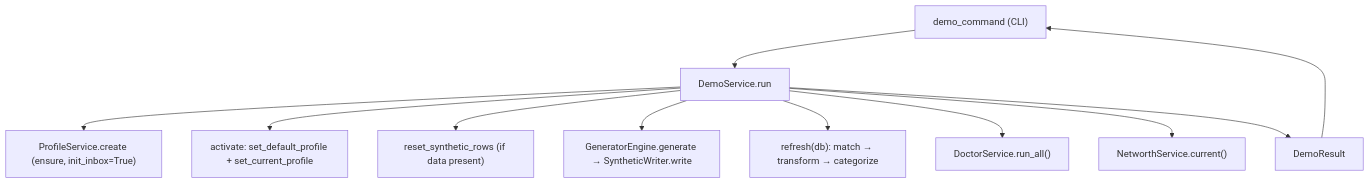
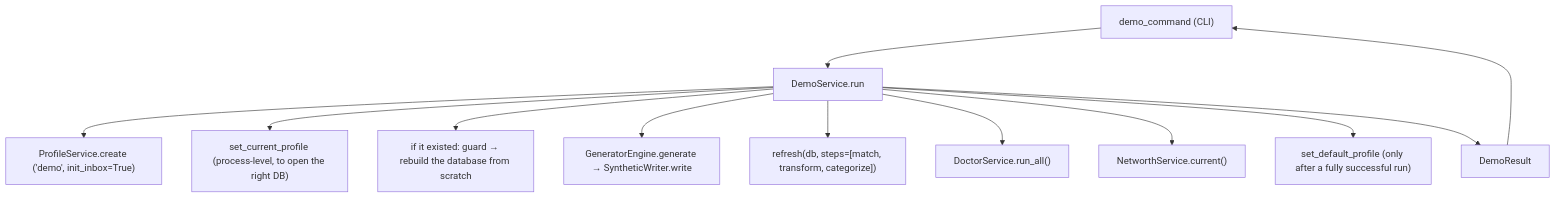
The diagram in docs/specs/demo-preset.md (bsaffel/moneybin), drawn with Mermaid before and after one commit. The commit also changed other lines of this file and 11 other files, not shown here.

First line of the commit message:
Scope demo to its own profile; rebuild instead of surgical reset

````diff
--- a/docs/specs/demo-preset.md
+++ b/docs/specs/demo-preset.md
@@ -94,13 +100,14 @@
 ```mermaid
 flowchart TD
     CLI["demo_command (CLI)"] --> SVC["DemoService.run"]
-    SVC --> P["ProfileService.create (ensure, init_inbox=True)"]
-    SVC --> A["activate: set_default_profile + set_current_profile"]
-    SVC --> R["reset_synthetic_rows (if data present)"]
+    SVC --> P["ProfileService.create ('demo', init_inbox=True)"]
+    SVC --> C["set_current_profile (process-level, to open the right DB)"]
+    SVC --> R["if it existed: guard → rebuild the database from scratch"]
     SVC --> G["GeneratorEngine.generate → SyntheticWriter.write"]
-    SVC --> F["refresh(db): match → transform → categorize"]
+    SVC --> F["refresh(db, steps=[match, transform, categorize])"]
     SVC --> D["DoctorService.run_all()"]
     SVC --> N["NetworthService.current()"]
+    SVC --> A["set_default_profile (only after a fully successful run)"]
     SVC --> RES["DemoResult"]
     RES --> CLI
 ```
````
